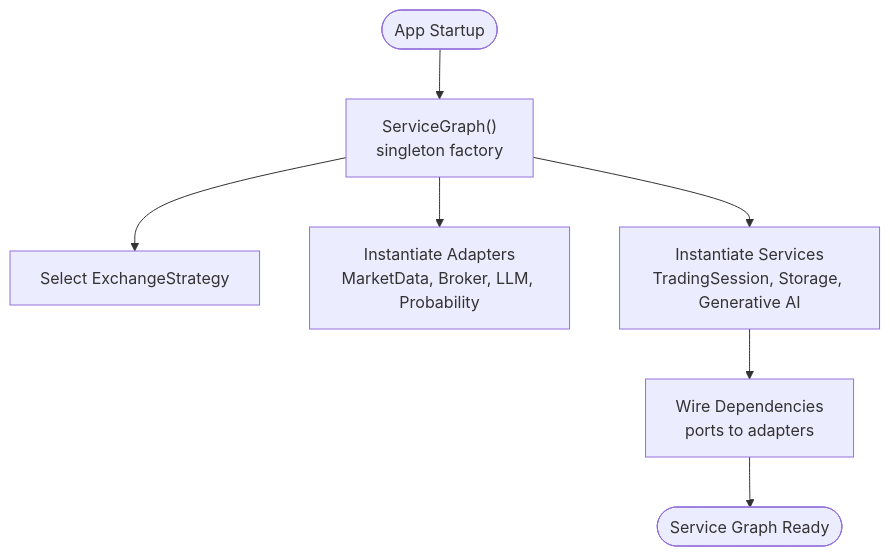
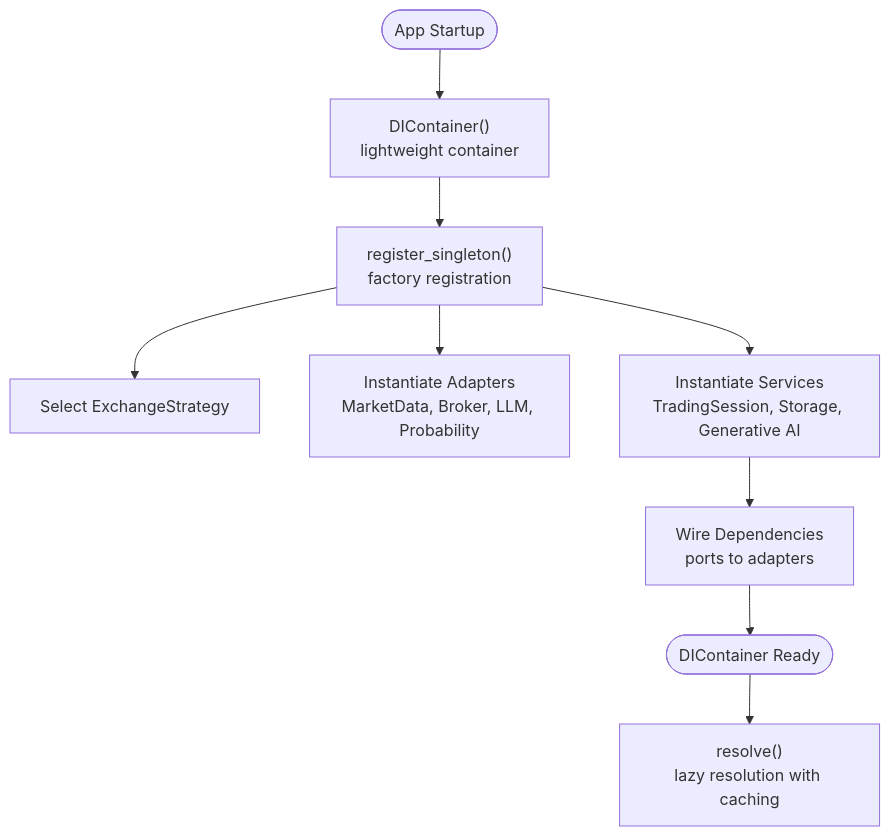
Before and after one commit to gemrajkhatry-maker/v5-of-glassytrade-ai: the sixth of 13 diagrams in .qoder/repowiki/en/content/Architecture Deep Dive/Design Patterns and Principles.md, drawn with Mermaid. The commit also changed other lines of this file and 219 other files, not shown here.

First line of the commit message:
refactor: major architecture improvements across backend, backendv2, brokers, and frontend

````diff
--- a/.qoder/repowiki/en/content/Architecture Deep Dive/Design Patterns and Principles.md
+++ b/.qoder/repowiki/en/content/Architecture Deep Dive/Design Patterns and Principles.md
@@ -250,9 +287,11 @@
 ```mermaid
 flowchart TD
-Start(["App Startup"]) --> CreateGraph["ServiceGraph()<br/>singleton factory"]
-CreateGraph --> Exchange["Select ExchangeStrategy"]
-CreateGraph --> Adapters["Instantiate Adapters<br/>MarketData, Broker, LLM, Probability"]
-CreateGraph --> Services["Instantiate Services<br/>TradingSession, Storage, Generative AI"]
+Start(["App Startup"]) --> CreateContainer["DIContainer()<br/>lightweight container"]
+CreateContainer --> RegisterFactories["register_singleton()<br/>factory registration"]
+RegisterFactories --> Exchange["Select ExchangeStrategy"]
+RegisterFactories --> Adapters["Instantiate Adapters<br/>MarketData, Broker, LLM, Probability"]
+RegisterFactories --> Services["Instantiate Services<br/>TradingSession, Storage, Generative AI"]
 Services --> Wiring["Wire Dependencies<br/>ports to adapters"]
-Wiring --> Ready(["Service Graph Ready"])
+Wiring --> Ready(["DIContainer Ready"])
+Ready --> Resolve["resolve()<br/>lazy resolution with caching"]
 ```
````
